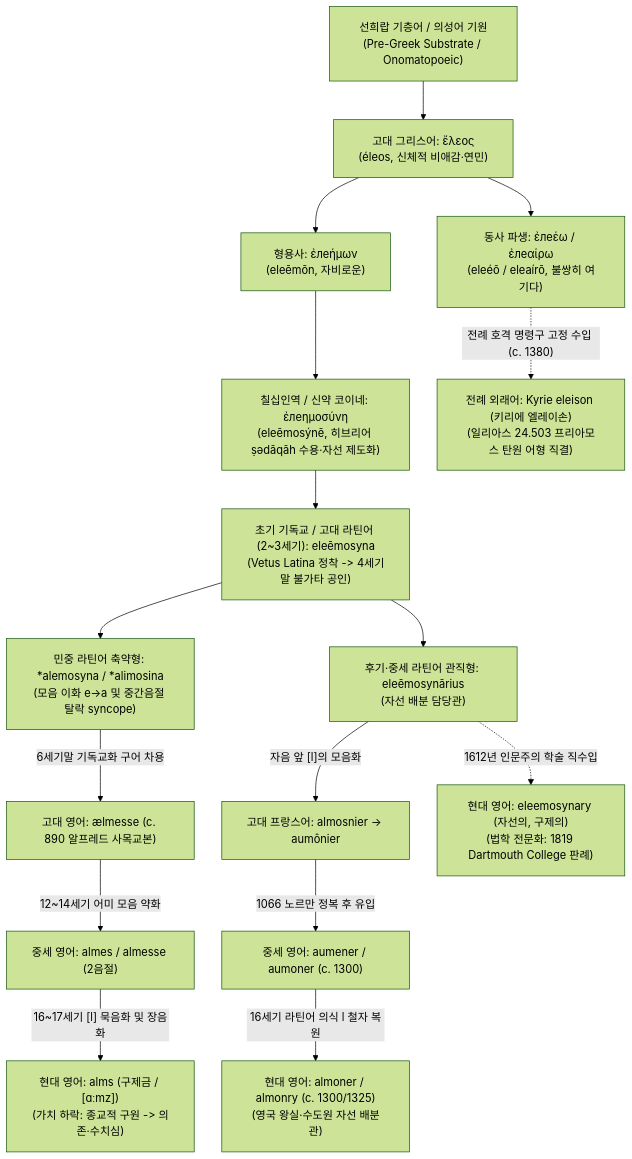
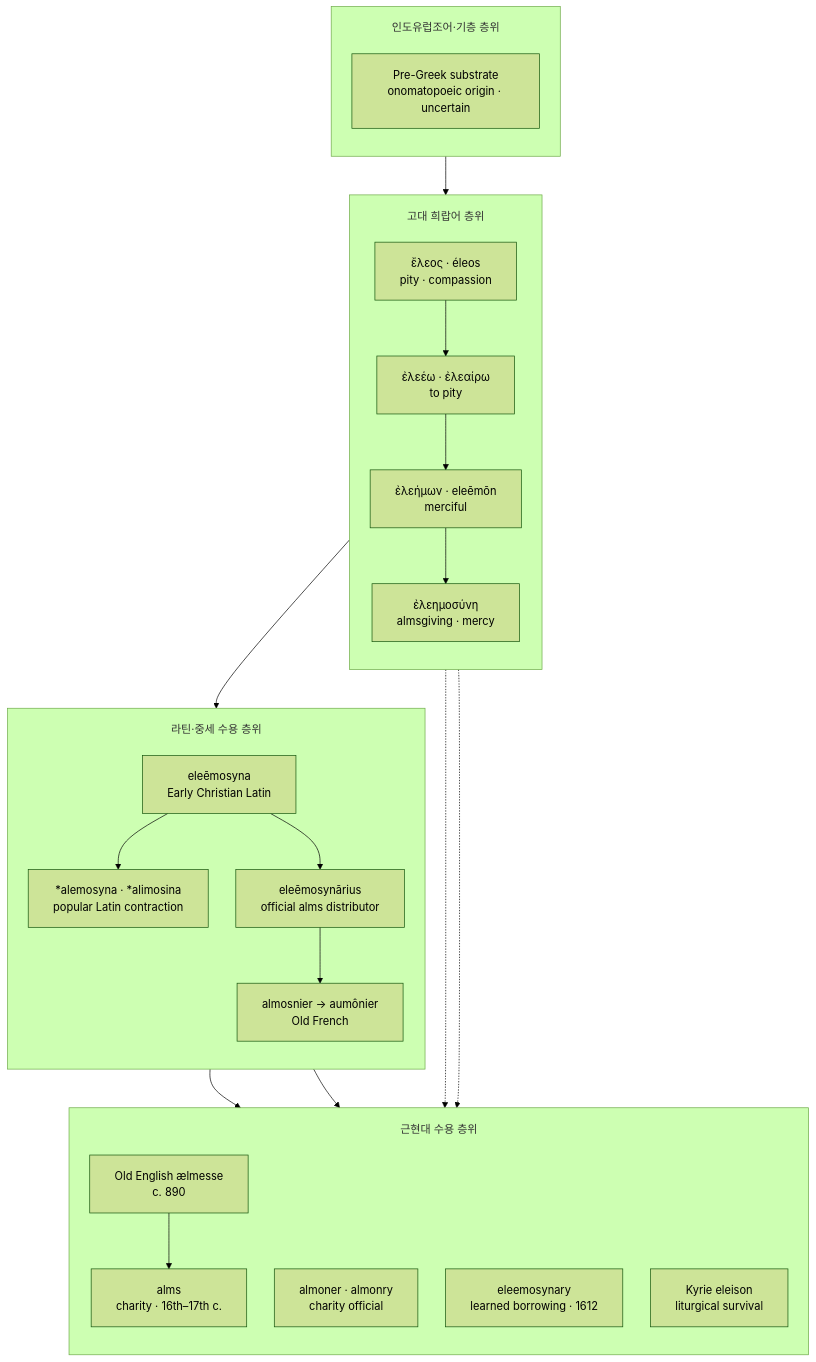
Before and after one commit to YgHnSIM/Homer_wiki: the diagram in words/word-eleos.md, drawn with Mermaid (forest theme).

Commit message:
refactor(word-eleos): Type C etymology Mermaid

````diff
--- a/words/word-eleos.md
+++ b/words/word-eleos.md
@@ -32,31 +32,39 @@
 ```mermaid
 %%{init: {'flowchart': {'useMaxWidth': true, 'nodeSpacing': 40, 'rankSpacing': 56, 'padding': 18, 'subGraphTitleMargin': {'top': 18, 'bottom': 10}}}}%%
 flowchart TD
-    %% 1. 기원 및 그리스어 층위
-    SUB["선희랍 기층어 / 의성어 기원<br/>(Pre-Greek Substrate / Onomatopoeic)"] --> GRK["고대 그리스어: ἔλεος<br/>(éleos, 신체적 비애감·연민)"]:::focus
-    GRK --> VERB["동사 파생: ἐлеέω / ἐлеαίρω<br/>(eleéō / eleaírō, 불쌍히 여기다)"]
-    GRK --> ADJ["형용사: ἐлеήμων<br/>(eleēmōn, 자비로운)"]
-    ADJ --> LXX["칠십인역 / 신약 코이네: ἐлеημοσύνη<br/>(eleēmosýnē, 히브리어 ṣədāqāh 수용·자선 제도화)"]
-
-    %% 2. 라틴어 수용 및 분기 층위
-    LXX --> VLATA["초기 기독교 / 고대 라틴어 (2~3세기): eleēmosyna<br/>(Vetus Latina 정착 -> 4세기말 불가타 공인)"]
-    VLATA --> VLATB["민중 라틴어 축약형: *alemosyna / *alimosina<br/>(모음 이화 e->a 및 중간음절 탈락 syncope)"]
-    VLATA --> MLAT["후기·중세 라틴어 관직형: eleēmosynārius<br/>(자선 배분 담당관)"]
-
-    %% 3. 4대 전파 분기 경로
-    %% 경로 1: 게르만 고층 구어 차용 (Alms)
-    VLATB -->|"6세기말 기독교화 구어 차용"| OE["고대 영어: ælmesse (c. 890 알프레드 사목교본)"]
-    OE -->|"12~14세기 어미 모음 약화"| ME1["중세 영어: almes / almesse (2음절)"]
-    ME1 -->|"16~17세기 [l] 묵음화 및 장음화"| MOD1["현대 영어: alms (구제금 / [ɑːmz])<br/>(가치 하락: 종교적 구원 -> 의존·수치심)"]
-
-    %% 경로 2: 앵글로-노르만 불어 경유 관직어 (Almoner)
-    MLAT -->|"자음 앞 [l]의 모음화"| OFR["고대 프랑스어: almosnier -> aumônier"]
-    OFR -->|"1066 노르만 정복 후 유입"| ME2["중세 영어: aumener / aumoner (c. 1300)"]
-    ME2 -->|"16세기 라틴어 의식 l 철자 복원"| MOD2["현대 영어: almoner / almonry (c. 1300/1325)<br/>(영국 왕실·수도원 자선 배분관)"]
-
-    %% 경로 3: 르네상스 17세기 직접 학술 차용 (Eleemosynary)
-    MLAT -.->|"1612년 인문주의 학술 직수입"| MOD3["현대 영어: eleemosynary (자선의, 구제의)<br/>(법학 전문화: 1819 Dartmouth College 판례)"]
-
-    %% 경로 4: 전례 그리스어 직수입 (Kyrie eleison)
-    VERB -.->|"전례 호격 명령구 고정 수입 (c. 1380)"| MOD4["전례 외래어: Kyrie eleison (키리에 엘레이손)<br/>(일리아스 24.503 프리아모스 탄원 어형 직결)"]
+    subgraph PIE_Stage ["인도유럽조어·기층 층위"]
+        direction TB
+        SUB["Pre-Greek substrate<br/>onomatopoeic origin · uncertain"]:::substrate
+    end
+    subgraph Greek_Stage ["고대 희랍어 층위"]
+        direction TB
+        GRK["ἔλεος · éleos<br/>pity · compassion"]:::focus
+        VERB["ἐλεέω · ἐλεαίρω<br/>to pity"]:::greek
+        ADJ["ἐλεήμων · eleēmōn<br/>merciful"]:::greek
+        LXX["ἐλεημοσύνη<br/>almsgiving · mercy"]:::greek
+        GRK --> VERB --> ADJ --> LXX
+    end
+    subgraph Latin_Stage ["라틴·중세 수용 층위"]
+        direction TB
+        VLATA["eleēmosyna<br/>Early Christian Latin"]:::latin
+        VLATB["*alemosyna · *alimosina<br/>popular Latin contraction"]:::latin
+        MLAT["eleēmosynārius<br/>official alms distributor"]:::latin
+        OFR["almosnier → aumônier<br/>Old French"]:::latin
+        VLATA --> VLATB
+        VLATA --> MLAT --> OFR
+    end
+    subgraph Modern_Stage ["근현대 수용 층위"]
+        direction TB
+        OE["Old English ælmesse<br/>c. 890"]:::english
+        ALMS["alms<br/>charity · 16th–17th c."]:::english
+        ALMONER["almoner · almonry<br/>charity official"]:::english
+        ELEEM["eleemosynary<br/>learned borrowing · 1612"]:::english
+        KYRIE["Kyrie eleison<br/>liturgical survival"]:::note
+        VLATB --> OE --> ALMS
+        OFR --> ALMONER
+        ADJ -.-> ELEEM
+        VERB -.-> KYRIE
+    end
+    SUB --> GRK
+    LXX --> VLATA
 ```
````
